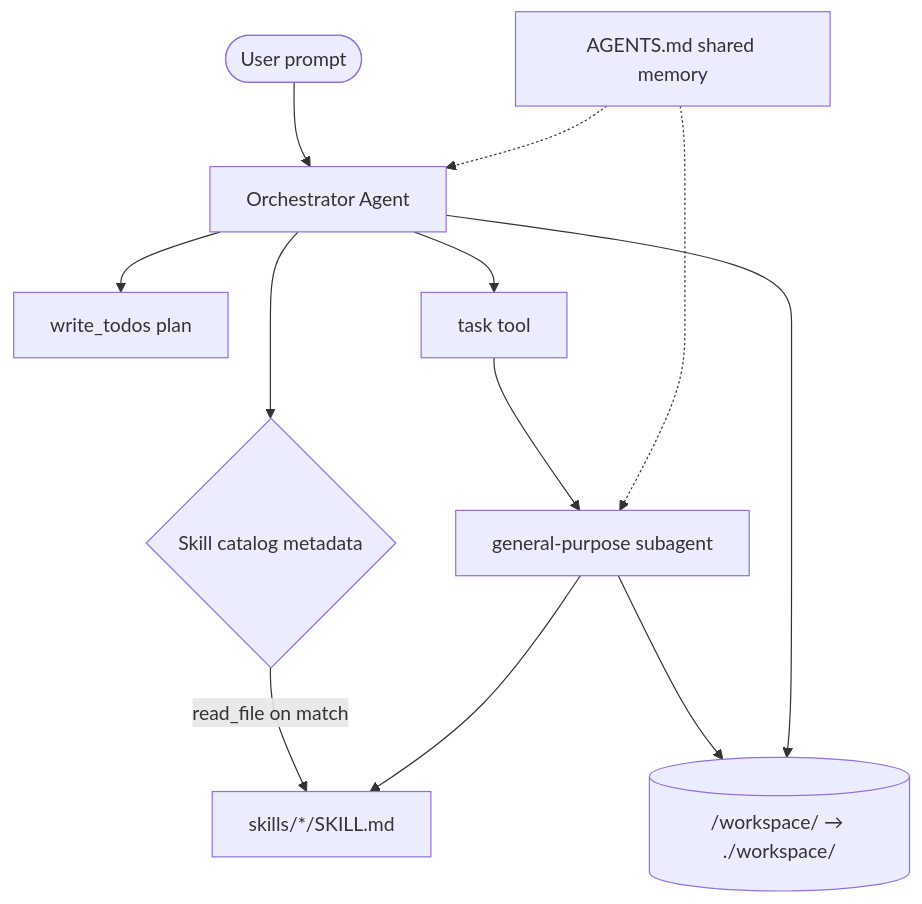
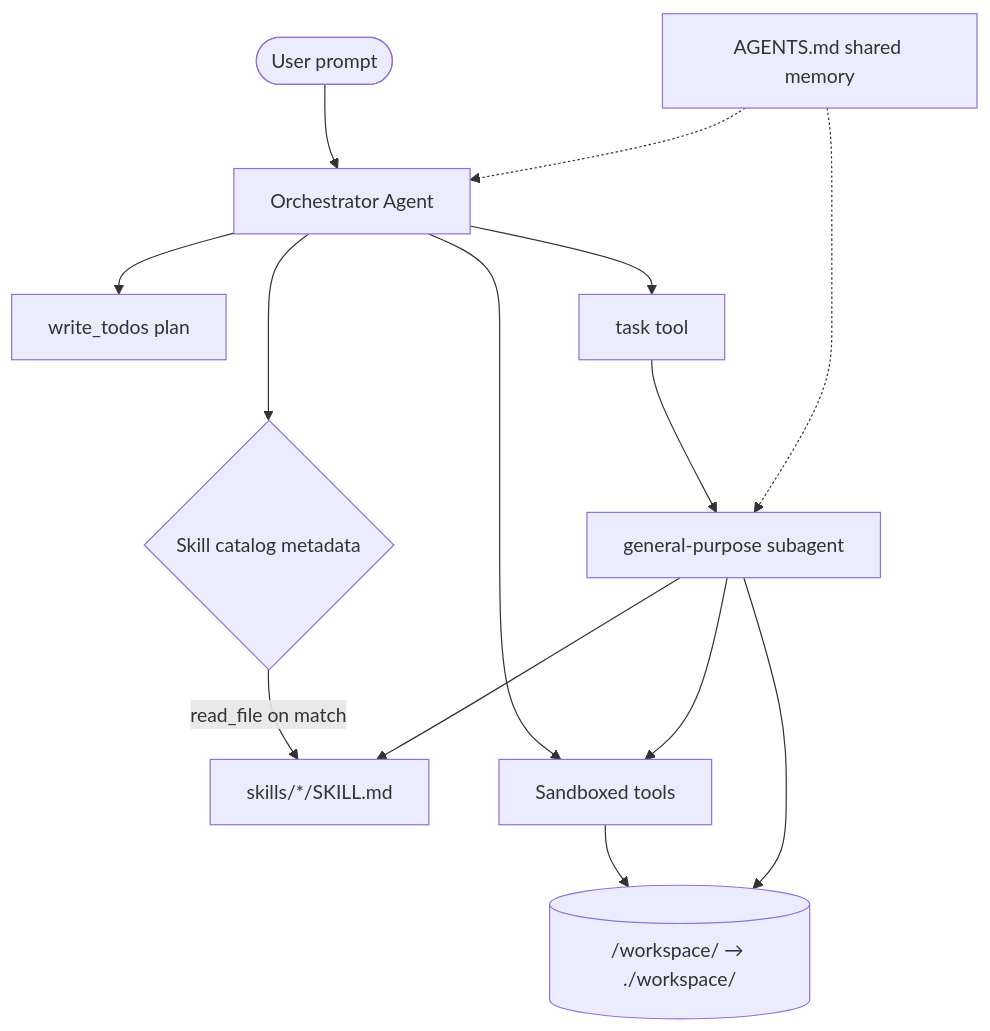
Before and after one commit to bhartk13/ai-engineer-portfolio: the diagram in langchain/deep-agents/README.md, drawn with Mermaid. The commit also changed other lines of this file, not shown here.

````diff
--- a/langchain/deep-agents/README.md
+++ b/langchain/deep-agents/README.md
@@ -24,14 +24,16 @@
 ```mermaid
 flowchart TB
     User([User prompt]) --> Orchestrator[Orchestrator Agent]
     Orchestrator --> Plan[write_todos plan]
     Orchestrator --> Skills{Skill catalog metadata}
     Skills -->|read_file on match| SkillMD[skills/*/SKILL.md]
+    Orchestrator --> Tools[Sandboxed tools]
+    Tools --> Workspace[(/workspace/ → ./workspace/)]
     Orchestrator --> Task[task tool]
     Task --> Subagent[general-purpose subagent]
     Subagent --> SkillMD
-    Subagent --> Workspace[(/workspace/ → ./workspace/)]
-    Orchestrator --> Workspace
+    Subagent --> Tools
+    Subagent --> Workspace
     AGENTS[AGENTS.md shared memory] -.-> Orchestrator
     AGENTS -.-> Subagent
 ```
````
